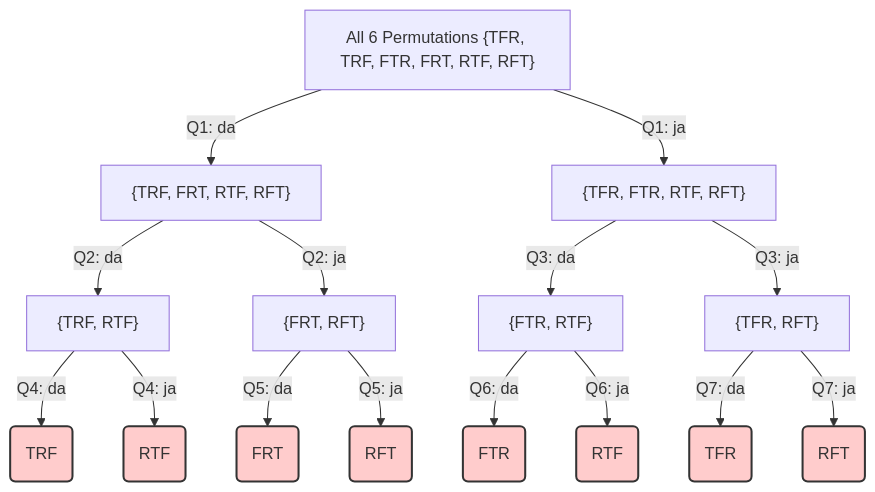
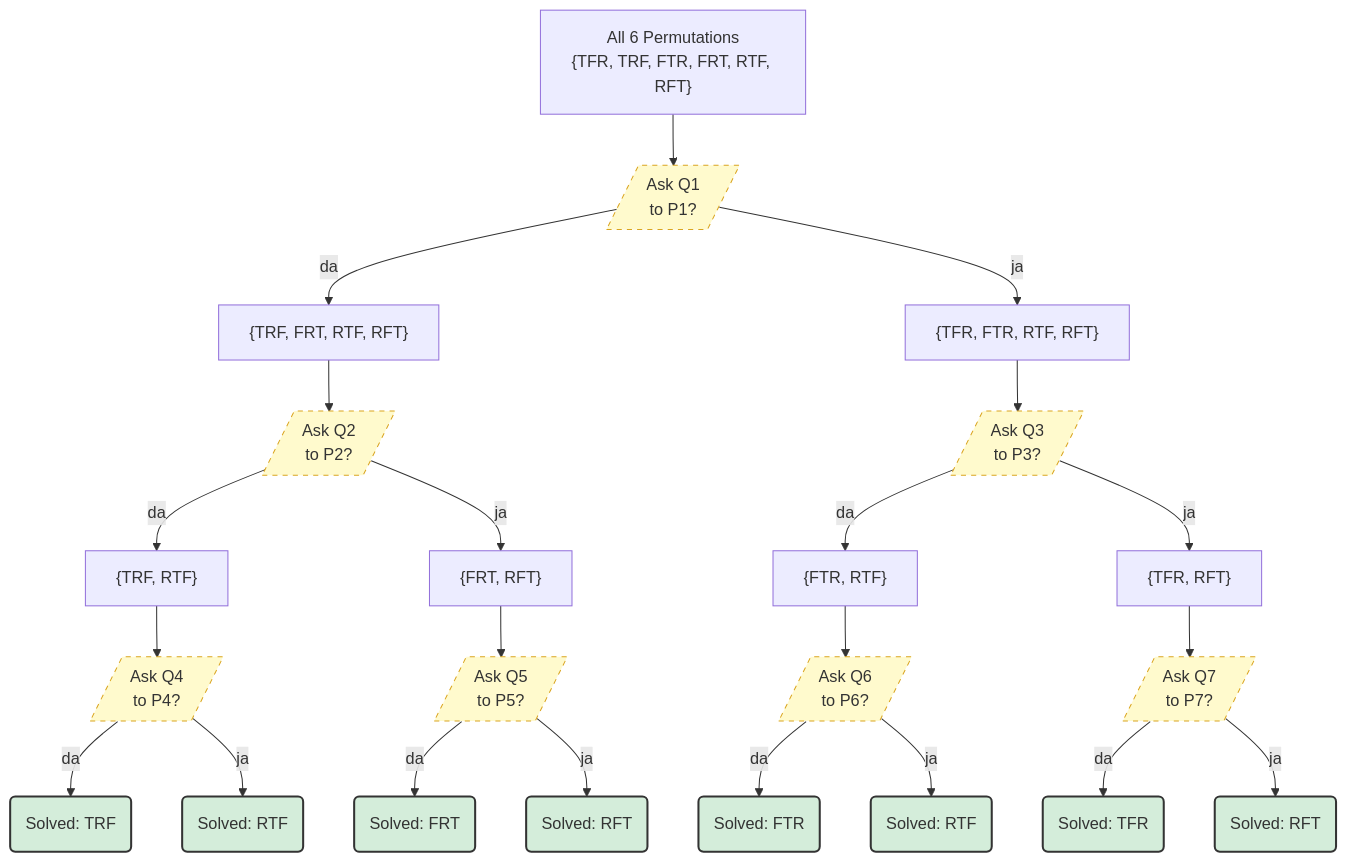
One commit to aduriseti/3gods changed the first of 2 diagrams in index.md. Above: the diagram before and after it, drawn with Mermaid. The commit also changed other lines of this file, not shown here.

```diff
--- a/index.md
+++ b/index.md
@@ -171,28 +207,71 @@
 <pre class="mermaid">
-graph TD
-    Root["All 6 Permutations {TFR, TRF, FTR, FRT, RTF, RFT}"]
-    Root -->|Q1: da| Left["{TRF, FRT, RTF, RFT}"]
-    Root -->|Q1: ja| Right["{TFR, FTR, RTF, RFT}"]
+flowchart TD
+    %% --- Initial State ---
+    Root["`All 6 Permutations
+    {TFR, TRF, FTR, FRT, RTF, RFT}`"]
+    
+    %% --- Question 1 Action ---
+    Q1_Act[/"Ask Q1
+    to P1?"/]
+    
+    Root --> Q1_Act
 
-    Left -->|Q2: da| L_Da["{TRF, RTF}"]
-    Left -->|Q2: ja| L_Ja["{FRT, RFT}"]
+    %% --- Split 1 ---
+    Q1_Act -->|da| Left["{TRF, FRT, RTF, RFT}"]
+    Q1_Act -->|ja| Right["{TFR, FTR, RTF, RFT}"]
 
-    Right -->|Q3: da| R_Da["{FTR, RTF}"]
-    Right -->|Q3: ja| R_Ja["{TFR, RFT}"]
+
+    %% --- Question 2 & 3 Actions ---
+    Q2_Act[/"Ask Q2
+    to P2?"/]
+    Q3_Act[/"Ask Q3
+    to P3?"/]
+
+    Left --> Q2_Act
+    Right --> Q3_Act
+
+    %% --- Split 2 ---
+    Q2_Act -->|da| L_Da["{TRF, RTF}"]
+    Q2_Act -->|ja| L_Ja["{FRT, RFT}"]
+
+    Q3_Act -->|da| R_Da["{FTR, RTF}"]
+    Q3_Act -->|ja| R_Ja["{TFR, RFT}"]
     
-    L_Da -->|Q4: da| Sol1(TRF)
-    L_Da -->|Q4: ja| Sol2(RTF)
+
+    %% --- Final Question Actions ---
+    Q4_Act[/"Ask Q4
+    to P4?"/]
+    Q5_Act[/"Ask Q5
+    to P5?"/]
+    Q6_Act[/"Ask Q6
+    to P6?"/]
+    Q7_Act[/"Ask Q7
+    to P7?"/]
+
+    L_Da --> Q4_Act
+    L_Ja --> Q5_Act
+    R_Da --> Q6_Act
+    R_Ja --> Q7_Act
+
+
+    %% --- Final Splits to Solutions ---
+    Q4_Act -->|da| Sol1(Solved: TRF)
+    Q4_Act -->|ja| Sol2(Solved: RTF)
     
-    L_Ja -->|Q5: da| Sol3(FRT)
-    L_Ja -->|Q5: ja| Sol4(RFT)
+    Q5_Act -->|da| Sol3(Solved: FRT)
+    Q5_Act -->|ja| Sol4(Solved: RFT)
 
-    R_Da -->|Q6: da| Sol5(FTR)
-    R_Da -->|Q6: ja| Sol6(RTF)
+    Q6_Act -->|da| Sol5(Solved: FTR)
+    Q6_Act -->|ja| Sol6(Solved: RTF)
     
-    R_Ja -->|Q7: da| Sol7(TFR)
-    R_Ja -->|Q7: ja| Sol8(RFT)
+    Q7_Act -->|da| Sol7(Solved: TFR)
+    Q7_Act -->|ja| Sol8(Solved: RFT)
     
-    %% Styling to make the leaf nodes pop
-    classDef leaf fill:#ffcccc,stroke:#333,stroke-width:2px;
+    %% --- Styling ---
+    classDef leaf fill:#d4edda,stroke:#333,stroke-width:2px;
     class Sol1,Sol2,Sol3,Sol4,Sol5,Sol6,Sol7,Sol8 leaf;
+
+    %% Styled the parallelograms
+    classDef question fill:#fffacd,stroke:#daa520,stroke-width:1px,stroke-dasharray: 5 5;
+    class Q1_Act,Q2_Act,Q3_Act,Q4_Act,Q5_Act,Q6_Act,Q7_Act question;
 </pre>
```
